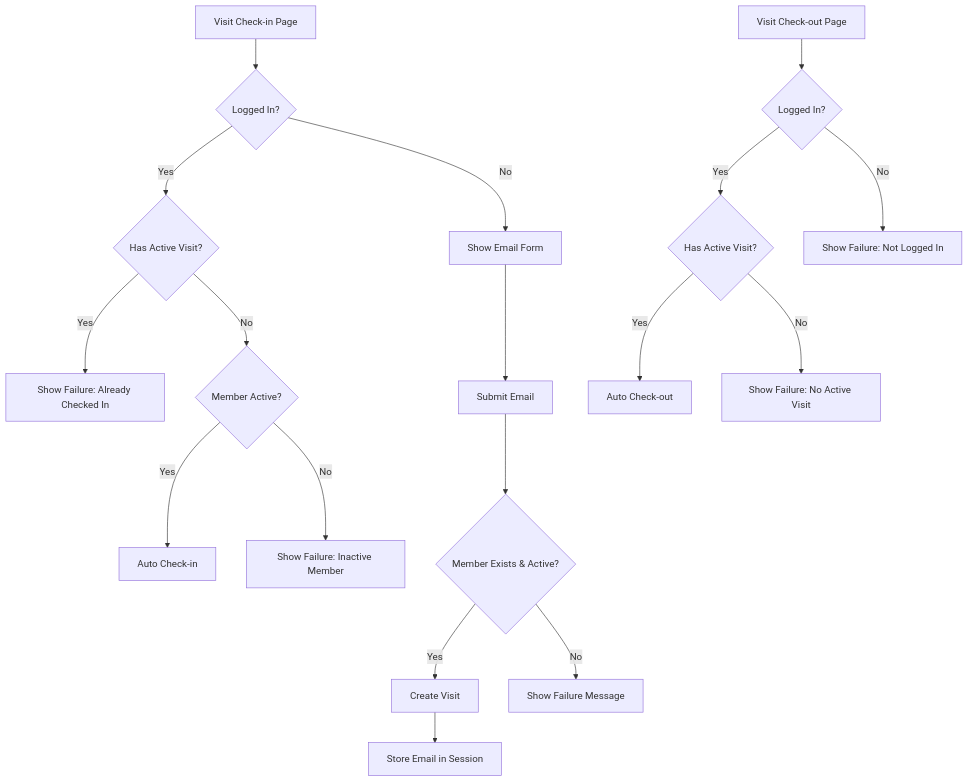
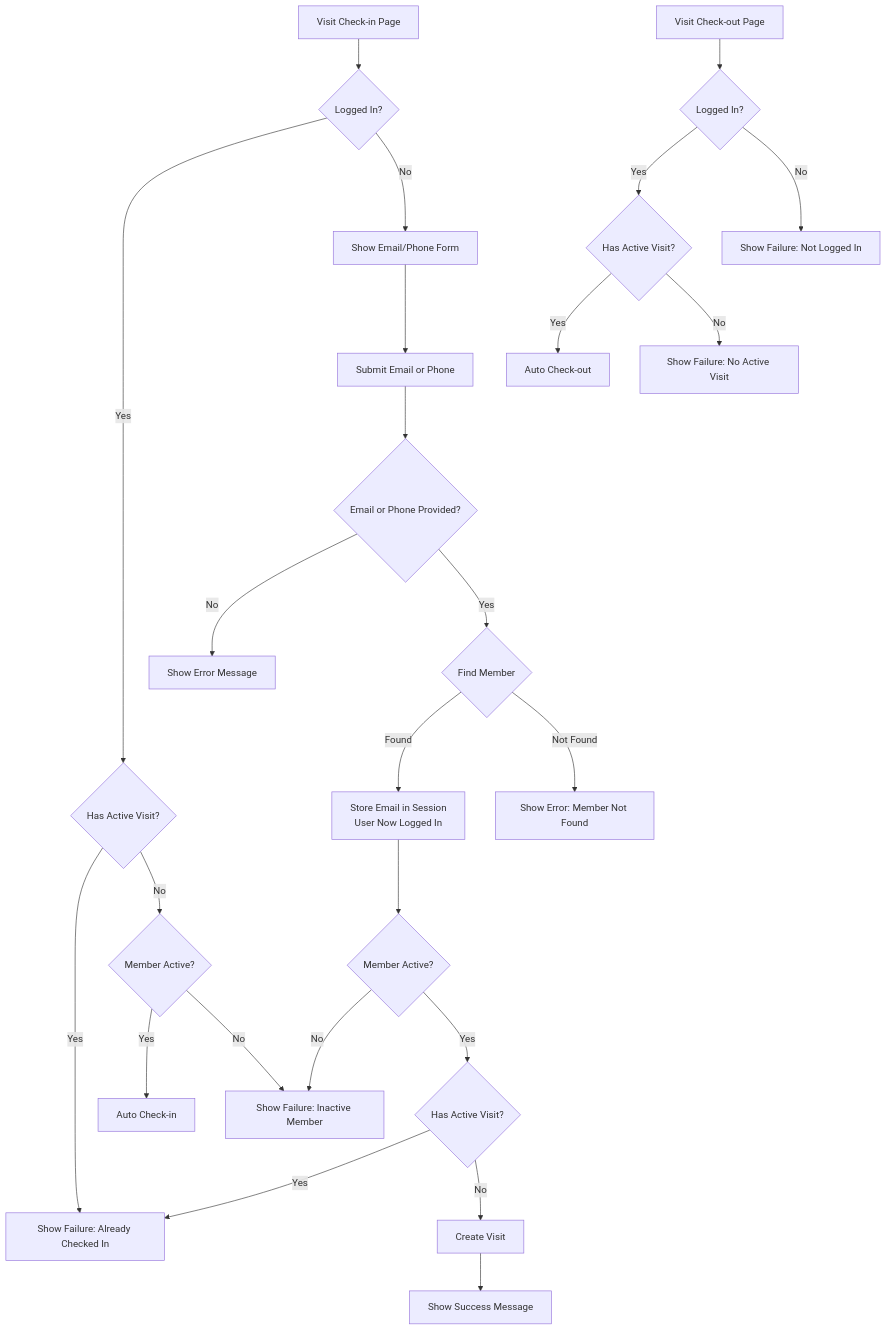
Before and after one commit to corneliusyanm/mulai-web: the diagram in README.md, drawn with Mermaid. The commit also changed other lines of this file, not shown here.

Commit message:
Enhance README.md to document new login functionality via phone number, update check-in process, and include details on member forms and views. Added validation messages and clarified model fields for better understanding.

````diff
--- a/README.md
+++ b/README.md
@@ -46,21 +56,28 @@
 ```mermaid
 graph TD
     A[Visit Check-in Page] --> B{Logged In?}
     B -->|Yes| C{Has Active Visit?}
-    B -->|No| D[Show Email Form]
+    B -->|No| D[Show Email/Phone Form]
     C -->|Yes| E[Show Failure: Already Checked In]
     C -->|No| F{Member Active?}
     F -->|Yes| G[Auto Check-in]
     F -->|No| H[Show Failure: Inactive Member]
-    D --> I[Submit Email]
-    I --> J{Member Exists & Active?}
-    J -->|Yes| K[Create Visit]
-    J -->|No| L[Show Failure Message]
-    K --> M[Store Email in Session]
+    D --> I[Submit Email or Phone]
+    I --> I1{Email or Phone Provided?}
+    I1 -->|No| I2[Show Error Message]
+    I1 -->|Yes| J{Find Member}
+    J -->|Found| J1[Store Email in Session<br>User Now Logged In]
+    J -->|Not Found| J2[Show Error: Member Not Found]
+    J1 --> J3{Member Active?}
+    J3 -->|No| H
+    J3 -->|Yes| J4{Has Active Visit?}
+    J4 -->|Yes| E
+    J4 -->|No| K[Create Visit]
+    K --> M[Show Success Message]
 
     N[Visit Check-out Page] --> O{Logged In?}
     O -->|Yes| P{Has Active Visit?}
     O -->|No| Q[Show Failure: Not Logged In]
     P -->|Yes| R[Auto Check-out]
     P -->|No| S[Show Failure: No Active Visit]
 ```
````
